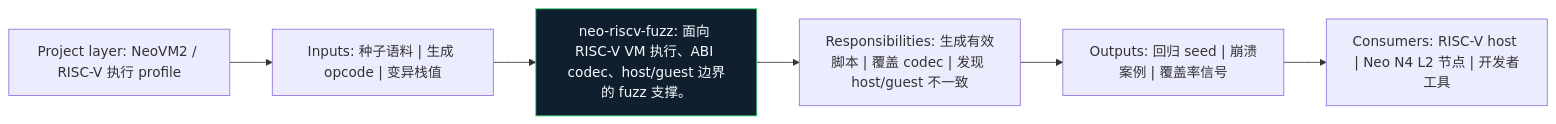
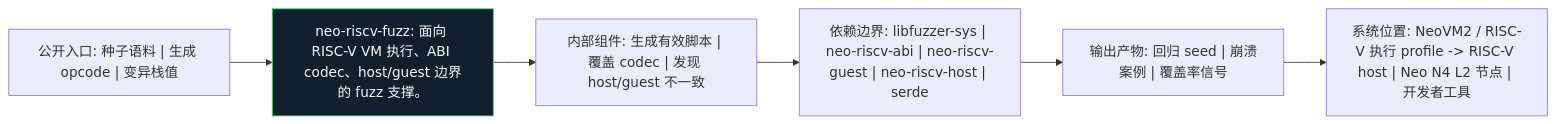
Before and after one commit to r3e-network/neo-riscv-vm: the diagram in fuzz/docs/figures/architecture.zh.mmd, drawn with Mermaid. The commit also changed 207 other files, not shown here.

```diff
--- a/fuzz/docs/figures/architecture.zh.mmd
+++ b/fuzz/docs/figures/architecture.zh.mmd
@@ -1,14 +1,14 @@
 flowchart LR
-    N1["Project layer: NeoVM2 / RISC-V 执行 profile"]
-    N2["Inputs: 种子语料 | 生成 opcode | 变异栈值"]
-    N3["neo-riscv-fuzz: 面向 RISC-V VM 执行、ABI codec、host/guest 边界的 fuzz 支撑。"]
-    N4["Responsibilities: 生成有效脚本 | 覆盖 codec | 发现 host/guest 不一致"]
-    N5["Outputs: 回归 seed | 崩溃案例 | 覆盖率信号"]
-    N6["Consumers: RISC-V host | Neo N4 L2 节点 | 开发者工具"]
+    N1["公开入口: 种子语料 | 生成 opcode | 变异栈值"]
+    N2["neo-riscv-fuzz: 面向 RISC-V VM 执行、ABI codec、host/guest 边界的 fuzz 支撑。"]
+    N3["内部组件: 生成有效脚本 | 覆盖 codec | 发现 host/guest 不一致"]
+    N4["依赖边界: libfuzzer-sys | neo-riscv-abi | neo-riscv-guest | neo-riscv-host | serde"]
+    N5["输出产物: 回归 seed | 崩溃案例 | 覆盖率信号"]
+    N6["系统位置: NeoVM2 / RISC-V 执行 profile -> RISC-V host | Neo N4 L2 节点 | 开发者工具"]
     N1 --> N2
     N2 --> N3
     N3 --> N4
     N4 --> N5
     N5 --> N6
     classDef crate fill:#101f2d,stroke:#38d978,color:#f6fbff
-    class N3 crate
+    class N2 crate
```
